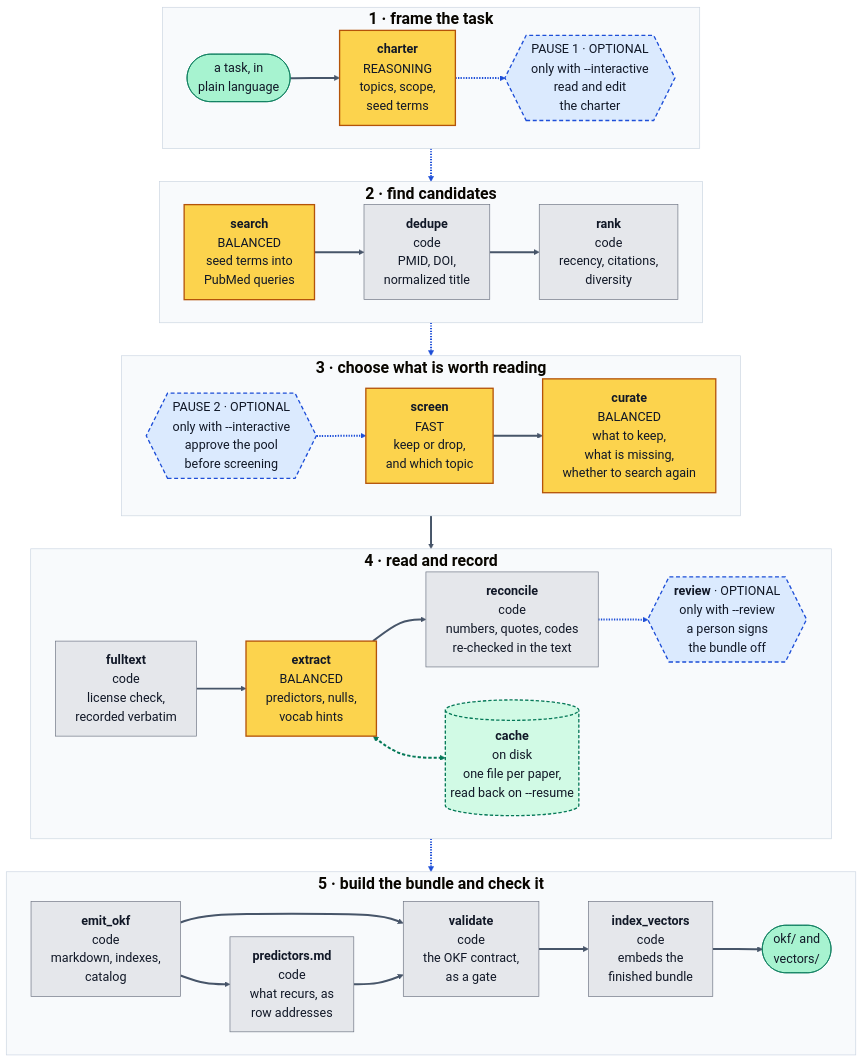
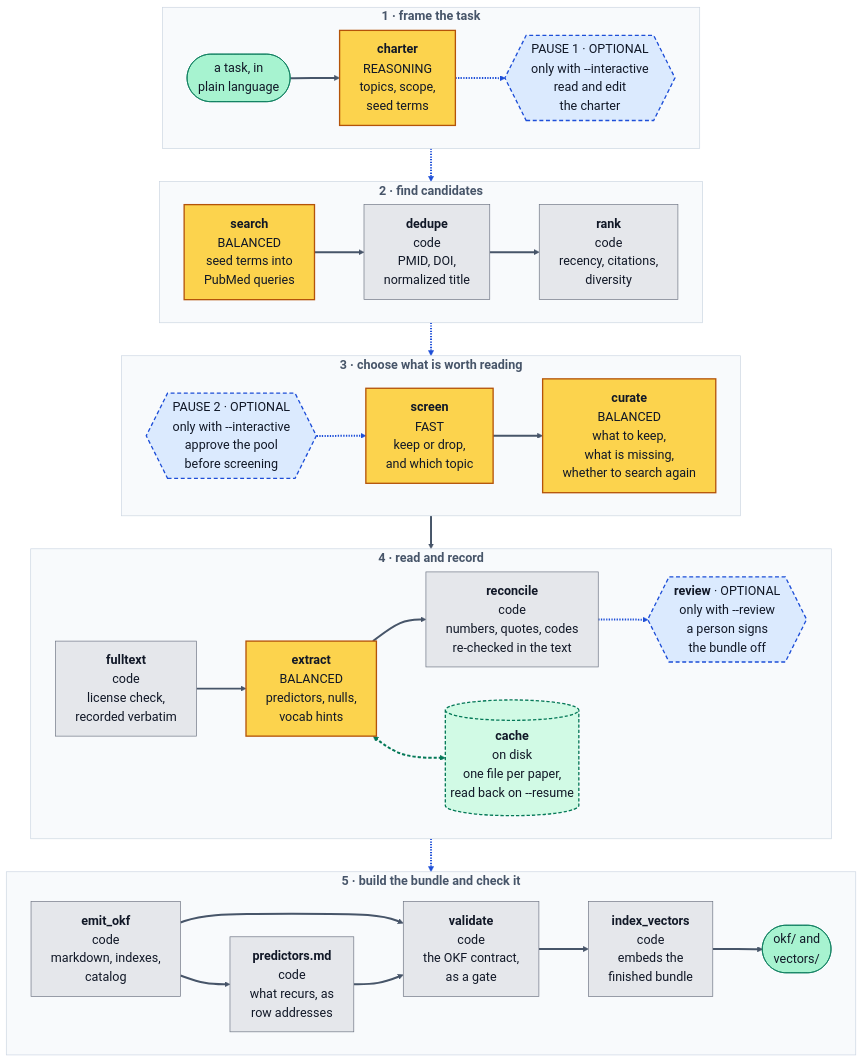
The diagram in README.md (PFreda-Lab/okf-loremaster), drawn with Mermaid before and after one commit. The commit also changed other lines of this file, not shown here.

Commit message:
Lay the graph out in rows again, and stop the titles landing on the boxes
Mermaid drops a subgraph's `direction LR` if any node inside it links to a node
outside it. Every stage had one, so every stage fell back to the parent `TB` and
the diagram rendered as a single column. The cross-stage edges move up a level to
join the subgraphs themselves, which is what they always meant, and `reconcile ->
review` and `extract <-> cache` move inside stage 4, where they belong.

Separately, the inline `font-size` on each subgraph title is measured at the base
size and then drawn larger, so the title overflowed into the first node. The
titles are plain bold now.

`linkStyle` indices are positional, so both sets are recounted.

Also renames AFC Forge to ADE Forge.

````diff
--- a/README.md
+++ b/README.md
@@ -706,57 +706,54 @@
 ```mermaid
 %%{init: {"theme":"base","flowchart":{"wrappingWidth":260},"themeVariables":{"fontSize":"19px","lineColor":"#475569","primaryTextColor":"#111827"}}}%%
 flowchart TB
-    subgraph r1 ["<span style='font-size:24px'><b>1 · frame the task</b></span>"]
+    subgraph r1 ["<b>1 · frame the task</b>"]
         direction LR
         task(["a task, in<br/>plain language"]) --> charter["<b>charter</b><br/>REASONING<br/>topics, scope,<br/>seed terms"] -.-> p1{{"PAUSE 1 · OPTIONAL<br/>only with --interactive<br/>read and edit<br/>the charter"}}
     end
 
-    subgraph r2 ["<span style='font-size:24px'><b>2 · find candidates</b></span>"]
+    subgraph r2 ["<b>2 · find candidates</b>"]
         direction LR
         search["<b>search</b><br/>BALANCED<br/>seed terms into<br/>PubMed queries"] --> dedupe["<b>dedupe</b><br/>code<br/>PMID, DOI,<br/>normalized title"] --> rank["<b>rank</b><br/>code<br/>recency, citations,<br/>diversity"]
     end
 
-    subgraph r3 ["<span style='font-size:24px'><b>3 · choose what is worth reading</b></span>"]
+    subgraph r3 ["<b>3 · choose what is worth reading</b>"]
         direction LR
         p2{{"PAUSE 2 · OPTIONAL<br/>only with --interactive<br/>approve the pool<br/>before screening"}} -.-> screen["<b>screen</b><br/>FAST<br/>keep or drop,<br/>and which topic"] --> curate["<b>curate</b><br/>BALANCED<br/>what to keep,<br/>what is missing,<br/>whether to search again"]
     end
 
-    subgraph r4 ["<span style='font-size:24px'><b>4 · read and record</b></span>"]
+    subgraph r4 ["<b>4 · read and record</b>"]
         direction LR
-        fulltext["<b>fulltext</b><br/>code<br/>license check,<br/>recorded verbatim"] --> extract["<b>extract</b><br/>BALANCED<br/>predictors, nulls,<br/>vocab hints"] --> reconcile["<b>reconcile</b><br/>code<br/>numbers, quotes, codes<br/>re-checked in the text"]
-        cache[("<b>cache</b><br/>on disk<br/>one file per paper,<br/>read back on --resume")]
-        review{{"<b>review</b> · OPTIONAL<br/>only with --review<br/>a person signs<br/>the bundle off"}}
+        fulltext["<b>fulltext</b><br/>code<br/>license check,<br/>recorded verbatim"] --> extract["<b>extract</b><br/>BALANCED<br/>predictors, nulls,<br/>vocab hints"] --> reconcile["<b>reconcile</b><br/>code<br/>numbers, quotes, codes<br/>re-checked in the text"] -.-> review{{"<b>review</b> · OPTIONAL<br/>only with --review<br/>a person signs<br/>the bundle off"}}
+        extract <--> cache[("<b>cache</b><br/>on disk<br/>one file per paper,<br/>read back on --resume")]
     end
 
-    subgraph r5 ["<span style='font-size:24px'><b>5 · build the bundle and check it</b></span>"]
+    subgraph r5 ["<b>5 · build the bundle and check it</b>"]
         direction LR
         emit["<b>emit_okf</b><br/>code<br/>markdown, indexes,<br/>catalog"] --> validate["<b>validate</b><br/>code<br/>the OKF contract,<br/>as a gate"] --> vectors["<b>index_vectors</b><br/>code<br/>embeds the<br/>finished bundle"] --> out(["okf/ and<br/>vectors/"])
         emit --> recur["<b>predictors.md</b><br/>code<br/>what recurs, as<br/>row addresses"] --> validate
     end
 
-    p1 -.-> search
-    rank -.-> p2
-    curate --> fulltext
-    reconcile -.-> review
-    review -.-> emit
-    extract <--> cache
+    r1 -.-> r2
+    r2 -.-> r3
+    r3 --> r4
+    r4 -.-> r5
 
     linkStyle default stroke-width:3px
-    linkStyle 1,4,13,14,16,17 stroke:#1d4ed8,stroke-width:3px
-    linkStyle 18 stroke:#047857,stroke-width:3px,stroke-dasharray:5 3
+    linkStyle 1,4,8,15,16,18 stroke:#1d4ed8,stroke-width:3px
+    linkStyle 9 stroke:#047857,stroke-width:3px,stroke-dasharray:5 3
     classDef agent fill:#fcd34d,stroke:#b45309,stroke-width:2px,color:#111827
     classDef code fill:#e5e7eb,stroke:#6b7280,color:#111827
     classDef human fill:#dbeafe,stroke:#1d4ed8,stroke-width:2px,stroke-dasharray:6 4,color:#111827
     classDef io fill:#a7f3d0,stroke:#047857,color:#111827
     classDef store fill:#d1fae5,stroke:#047857,stroke-width:2px,stroke-dasharray:5 3,color:#111827
     class charter,search,screen,curate,extract agent
     class dedupe,rank,fulltext,reconcile,emit,recur,validate,vectors code
     class p1,p2,review human
     class task,out io
     class cache store
     style r1 fill:#f8fafc,stroke:#cbd5e1,color:#475569
     style r2 fill:#f8fafc,stroke:#cbd5e1,color:#475569
     style r3 fill:#f8fafc,stroke:#cbd5e1,color:#475569
     style r4 fill:#f8fafc,stroke:#cbd5e1,color:#475569
     style r5 fill:#f8fafc,stroke:#cbd5e1,color:#475569
 ```
````
